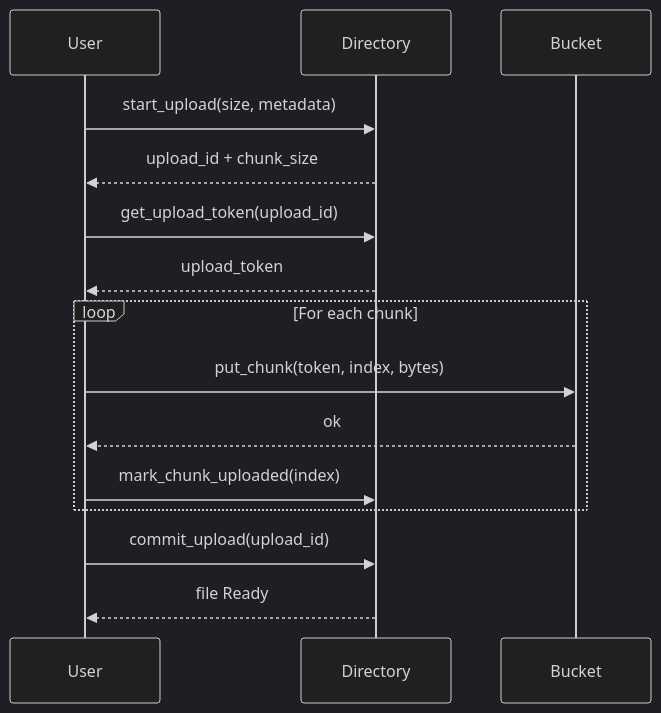
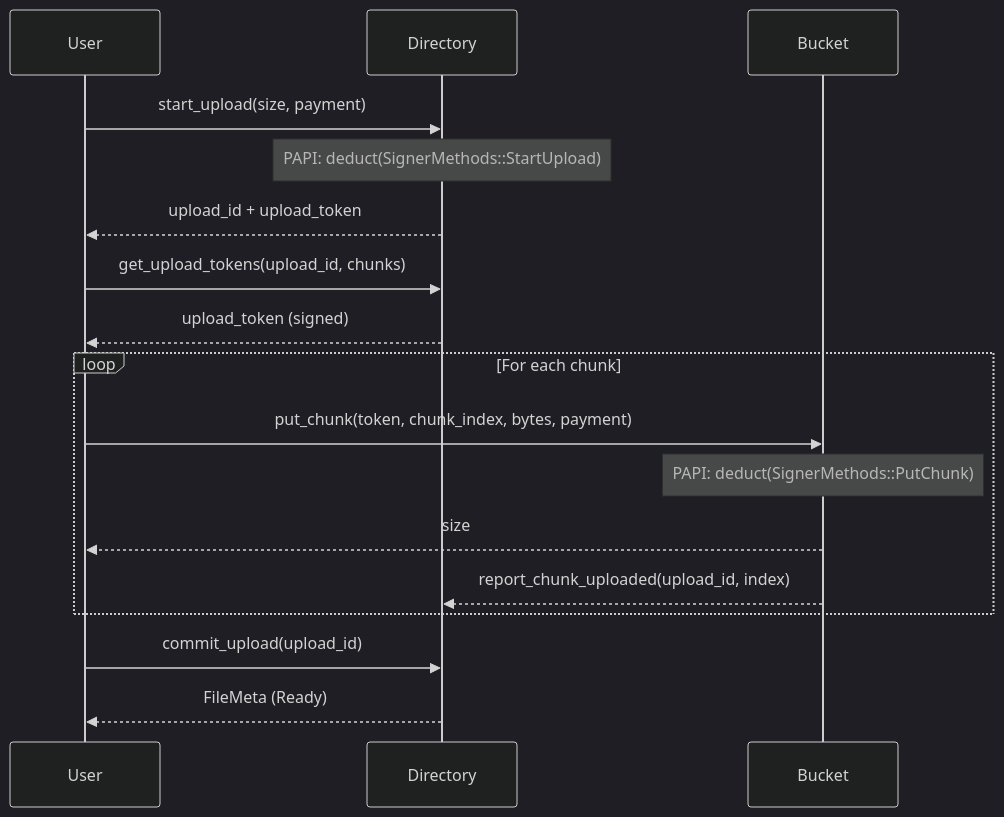
One commit to AntonioVentilii/vault-core changed the second of 3 diagrams in ARCHITECTURE.md. Above: the diagram before and after it, drawn with Mermaid (dark theme). The commit also changed other lines of this file and 5 other files, not shown here.

````diff
--- a/ARCHITECTURE.md
+++ b/ARCHITECTURE.md
@@ -45,21 +55,23 @@
 ```mermaid
 sequenceDiagram
     participant U as User
     participant D as Directory
     participant B as Bucket
 
-    U->>D: start_upload(size, metadata)
-    D-->>U: upload_id + chunk_size
+    U->>D: start_upload(size, payment)
+    Note over D: PAPI: deduct(SignerMethods::StartUpload)
+    D-->>U: upload_id + upload_token
 
-    U->>D: get_upload_token(upload_id)
-    D-->>U: upload_token
+    U->>D: get_upload_tokens(upload_id, chunks)
+    D-->>U: upload_token (signed)
 
     loop For each chunk
-        U->>B: put_chunk(token, index, bytes)
-        B-->>U: ok
-        U->>D: mark_chunk_uploaded(index)
+        U->>B: put_chunk(token, chunk_index, bytes, payment)
+        Note over B: PAPI: deduct(SignerMethods::PutChunk)
+        B-->>U: size
+        B-->>D: report_chunk_uploaded(upload_id, index)
     end
 
     U->>D: commit_upload(upload_id)
-    D-->>U: file Ready
+    D-->>U: FileMeta (Ready)
 ```
````
